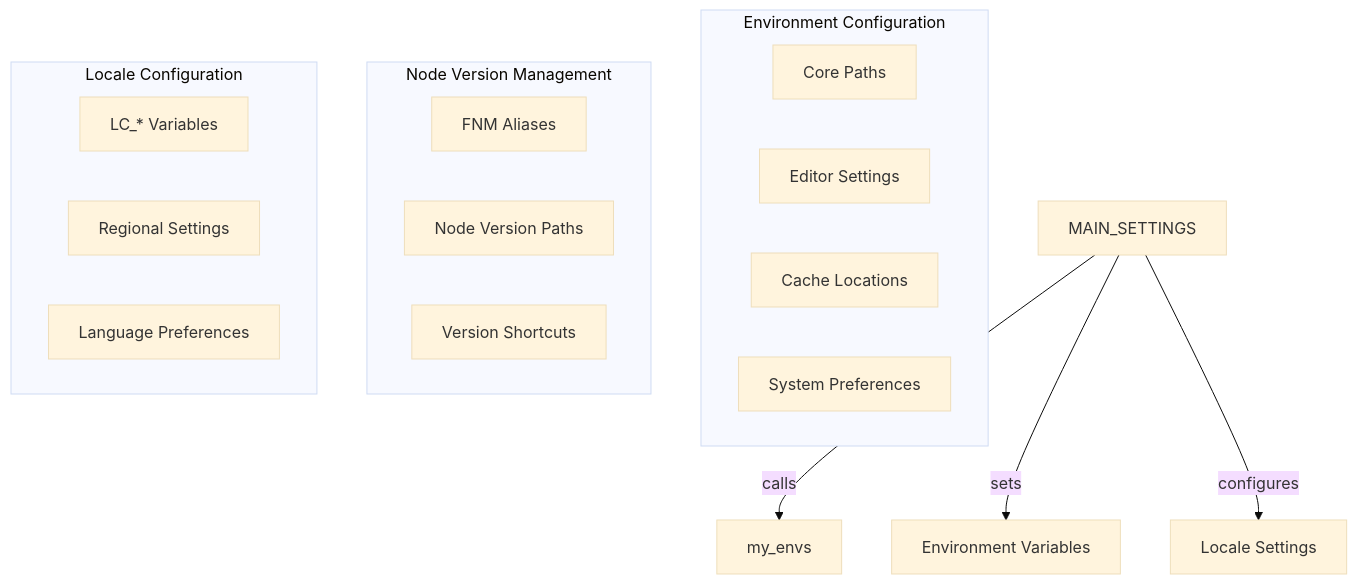
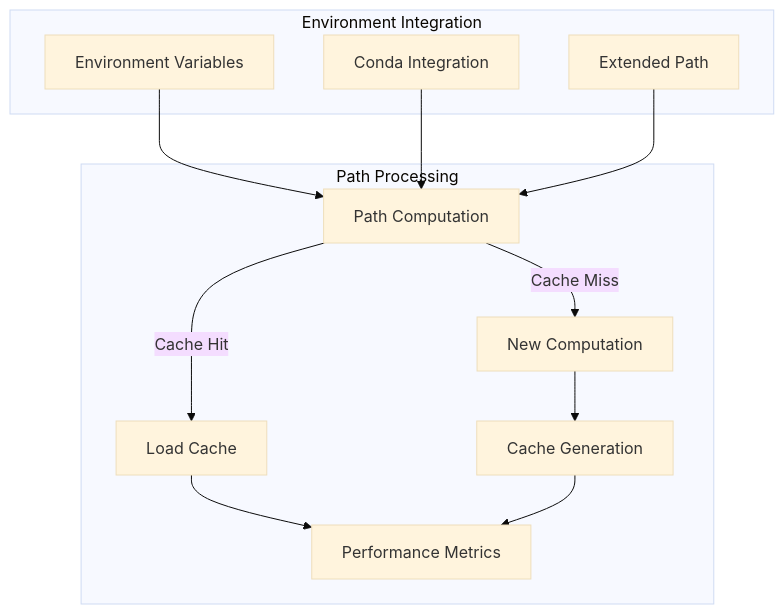
Before and after one commit to LuxciumProject/ahmyzsh: the first of 3 diagrams in memory-bank/techContext.md, drawn with Mermaid (base theme). The commit also changed other lines of this file and 5 other files, not shown here.

````diff
--- a/memory-bank/techContext.md
+++ b/memory-bank/techContext.md
@@ -29,25 +7,16 @@
 ```mermaid
 graph TB
-    A[MAIN_SETTINGS] -->|calls| B[my_envs]
-    A -->|sets| C[Environment Variables]
-    A -->|configures| D[Locale Settings]
-
-    subgraph "Environment Configuration"
-        C1[Core Paths]
-        C2[Editor Settings]
-        C3[Cache Locations]
-        C4[System Preferences]
+    subgraph "Path Processing"
+        PC[Path Computation] -->|Cache Miss| NC[New Computation]
+        PC -->|Cache Hit| LC[Load Cache]
+        NC --> CG[Cache Generation]
+        LC --> PM[Performance Metrics]
+        CG --> PM
     end
 
-    subgraph "Node Version Management"
-        N1[FNM Aliases]
-        N2[Node Version Paths]
-        N3[Version Shortcuts]
-    end
-
-    subgraph "Locale Configuration"
-        L1[LC_* Variables]
-        L2[Regional Settings]
-        L3[Language Preferences]
+    subgraph "Environment Integration"
+        EV[Environment Variables] --> PC
+        CD[Conda Integration] --> PC
+        EP[Extended Path] --> PC
     end
 ```
````
